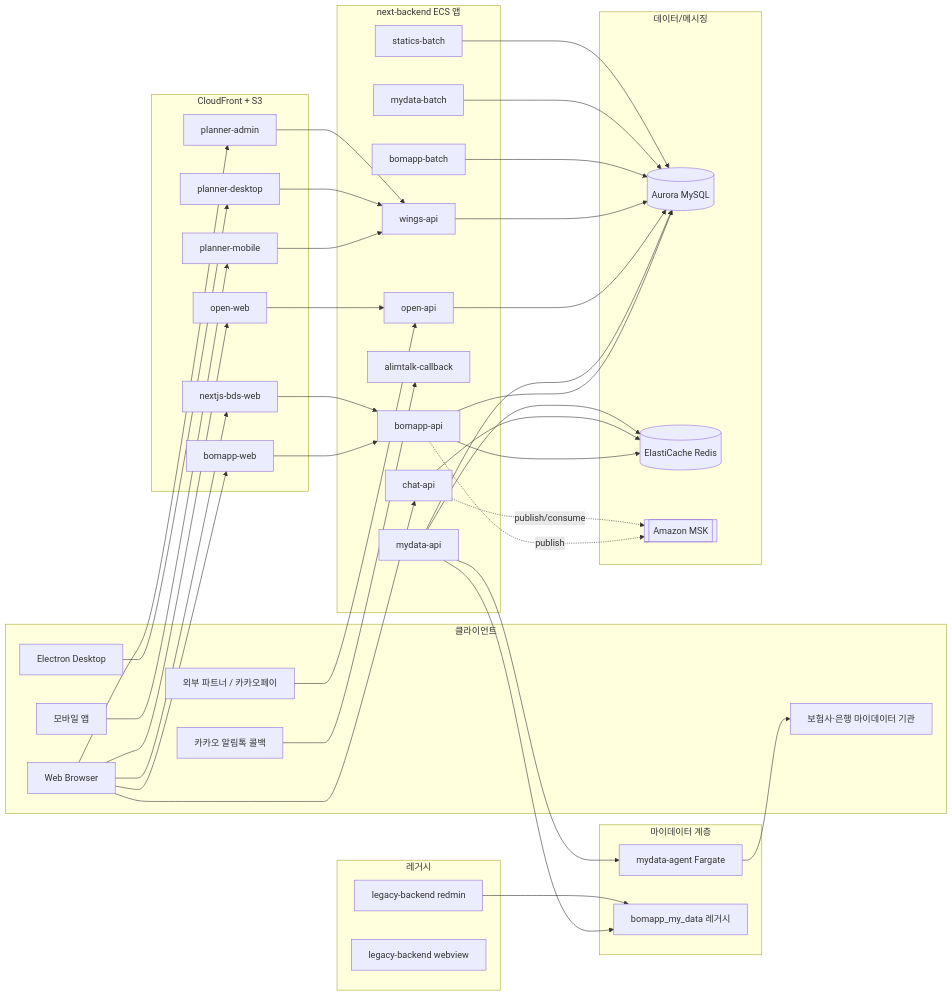
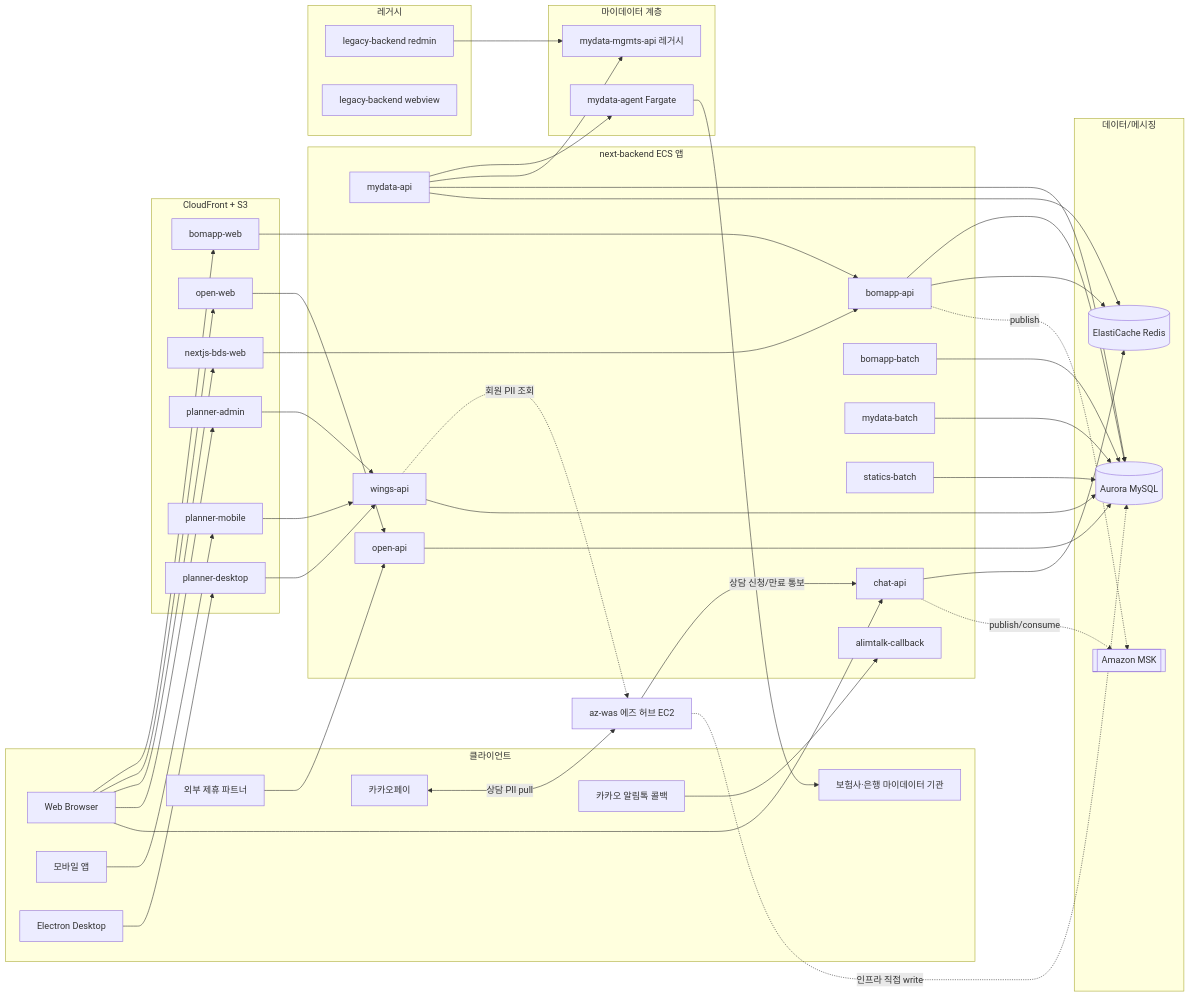
One commit to justin-fnx/overmind changed the diagram in docs/architecture.md. Above: the diagram before and after it, drawn with Mermaid. The commit also changed other lines of this file and 12 other files, not shown here.

First line of the commit message:
[AI] docs: 문서 일괄 갱신 (BV-7 cutover 결과 반영 + kakaopay/az/mydata 작업 누적)

```diff
--- a/docs/architecture.md
+++ b/docs/architecture.md
@@ -154,7 +155,8 @@
     Browser[Web Browser]
     Mobile[모바일 앱]
     Desktop[Electron Desktop]
-    Partners[외부 파트너 / 카카오페이]
+    Partners[외부 제휴 파트너]
+    Kakaopay[카카오페이]
     KakaoCB[카카오 알림톡 콜백]
     InsOrgs[보험사·은행 마이데이터 기관]
   end
@@ -182,7 +184,7 @@
 
   subgraph Mydata[마이데이터 계층]
     mydata_agent[mydata-agent Fargate]
-    legacy_mydata[bomapp_my_data 레거시]
+    legacy_mydata[mydata-mgmts-api 레거시]
   end
 
   subgraph Legacy[레거시]
@@ -207,6 +209,11 @@
   Partners --> open_api
   KakaoCB --> alimtalk_cb
 
+  Kakaopay <-->|상담 PII pull| az_was[az-was 에즈 허브 EC2]
+  az_was -->|상담 신청/만료 통보| chat_api
+  wings_api -.회원 PII 조회.-> az_was
+  az_was -.인프라 직접 write.-> Aurora
+
   mydata_api --> mydata_agent --> InsOrgs
   mydata_api --> legacy_mydata
   legacy_redmin --> legacy_mydata
```
